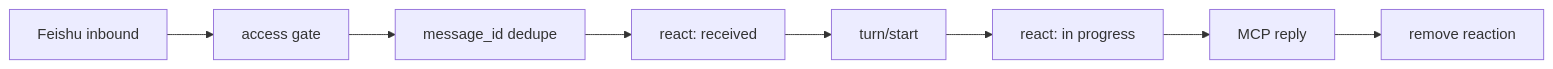
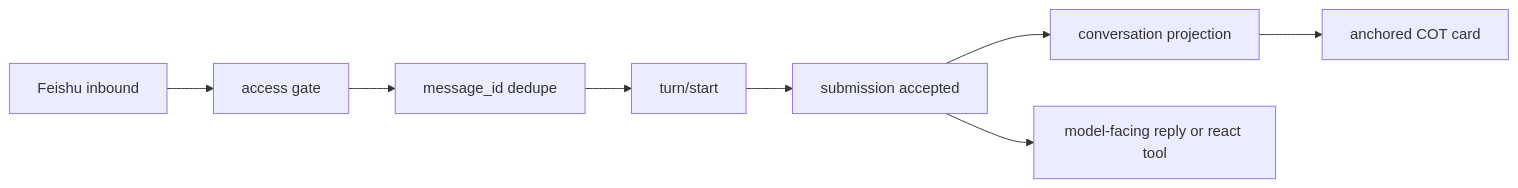
Before and after one commit to excitedjs/dreamux: the second of 2 diagrams in .agents/domains/non-blocking-dispatcher-inbound.md, drawn with Mermaid. The commit also changed other lines of this file and 15 other files, not shown here.

First line of the commit message:
docs(task): record the Feishu COT conversation cards task

````diff
--- a/.agents/domains/non-blocking-dispatcher-inbound.md
+++ b/.agents/domains/non-blocking-dispatcher-inbound.md
@@ -103,10 +109,10 @@
 ```mermaid
 flowchart LR
   Inbound["Feishu inbound"] --> Gate["access gate"]
   Gate --> Dedupe["message_id dedupe"]
-  Dedupe --> Received["react: received"]
-  Received --> Start["turn/start"]
-  Start --> Doing["react: in progress"]
-  Doing --> Reply["MCP reply"]
-  Reply --> Clear["remove reaction"]
+  Dedupe --> Start["turn/start"]
+  Start --> Accepted["submission accepted"]
+  Accepted --> Project["conversation projection"]
+  Project --> Card["anchored COT card"]
+  Accepted --> Reply["model-facing reply or react tool"]
 ```
````
